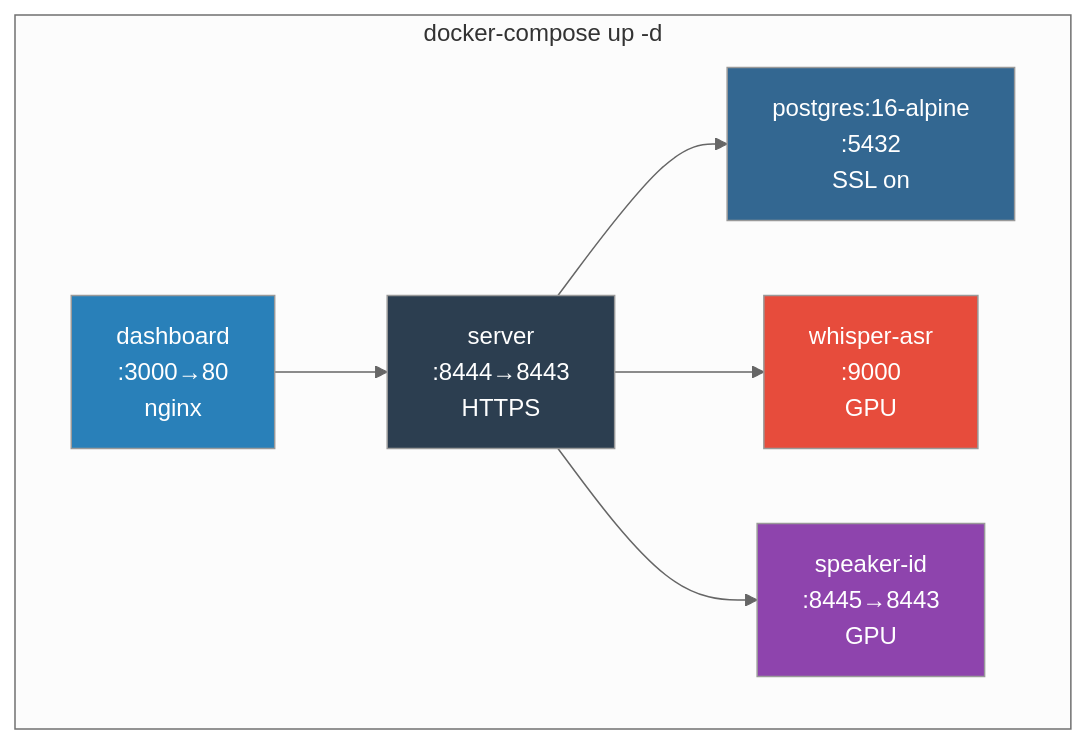
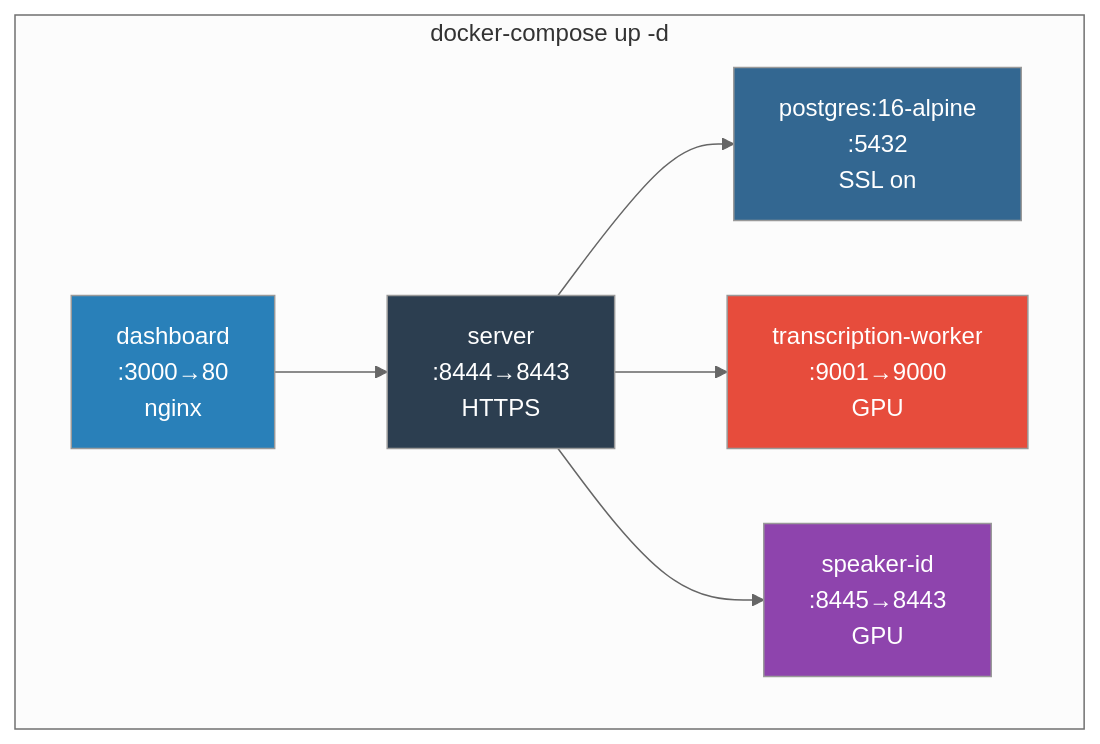
The eighth of 9 diagrams in ARCHITECTURE.md (dlgreenwald/lifelog), drawn with Mermaid (neutral theme) before and after one commit. The commit also changed other lines of this file and 10 other files, not shown here.

````diff
--- a/ARCHITECTURE.md
+++ b/ARCHITECTURE.md
@@ -756,21 +747,21 @@
 ```mermaid
 graph TB
     subgraph Docker["docker-compose up -d"]
         PG[postgres:16-alpine<br/>:5432<br/>SSL on]
         SRV[server<br/>:8444→8443<br/>HTTPS]
-        WHISPER[whisper-asr<br/>:9000<br/>GPU]
+        TRANS[transcription-worker<br/>:9001→9000<br/>GPU]
         SPK[speaker-id<br/>:8445→8443<br/>GPU]
         DASH[dashboard<br/>:3000→80<br/>nginx]
     end
 
     SRV --> PG
-    SRV --> WHISPER
+    SRV --> TRANS
     SRV --> SPK
     DASH --> SRV
 
     style PG fill:#336791,color:#fff
     style SRV fill:#2c3e50,color:#fff
-    style WHISPER fill:#e74c3c,color:#fff
+    style TRANS fill:#e74c3c,color:#fff
     style SPK fill:#8e44ad,color:#fff
     style DASH fill:#2980b9,color:#fff
 ```
````
